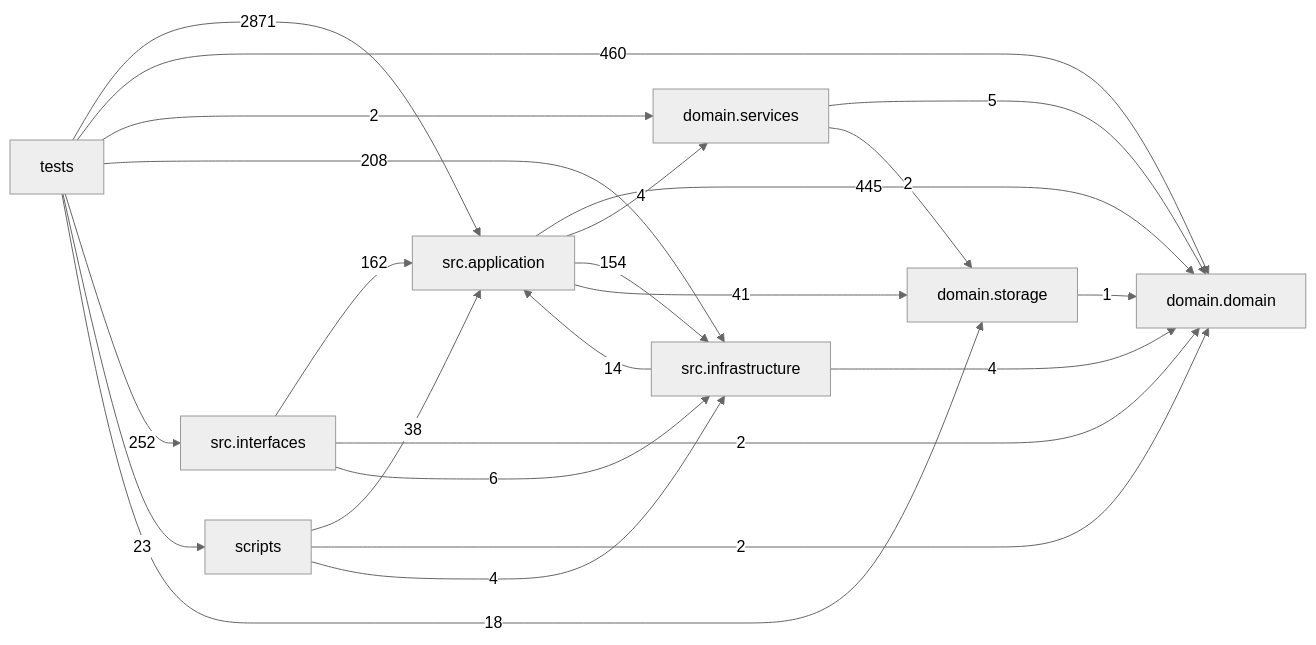
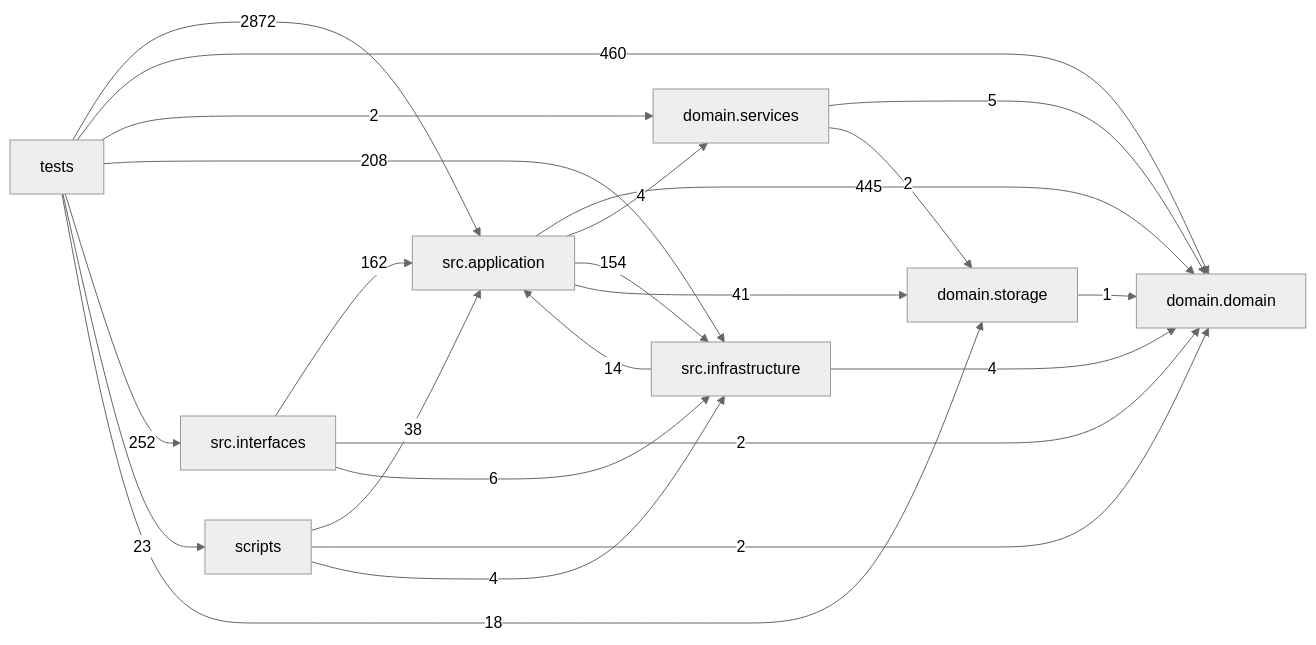
Before and after one commit to liuxie066/options-monitor: the diagram in docs/DEPENDENCY_GRAPH.md, drawn with Mermaid (neutral theme). The commit also changed other lines of this file and 15 other files, not shown here.

````diff
--- a/docs/DEPENDENCY_GRAPH.md
+++ b/docs/DEPENDENCY_GRAPH.md
@@ -24,33 +24,33 @@
 ```mermaid
 flowchart LR
   tests["tests"]
   scripts["scripts"]
   interfaces["src.interfaces"]
   application["src.application"]
   infrastructure["src.infrastructure"]
   domain_services["domain.services"]
   domain["domain.domain"]
   storage["domain.storage"]
   application -->|445| domain
   application -->|4| domain_services
   application -->|154| infrastructure
   application -->|41| storage
   domain_services -->|5| domain
   domain_services -->|2| storage
   infrastructure -->|14| application
   infrastructure -->|4| domain
   interfaces -->|162| application
   interfaces -->|2| domain
   interfaces -->|6| infrastructure
   scripts -->|38| application
   scripts -->|2| domain
   scripts -->|4| infrastructure
   storage -->|1| domain
-  tests -->|2871| application
+  tests -->|2872| application
   tests -->|460| domain
   tests -->|2| domain_services
   tests -->|208| infrastructure
   tests -->|252| interfaces
   tests -->|23| scripts
   tests -->|18| storage
 ```
````
